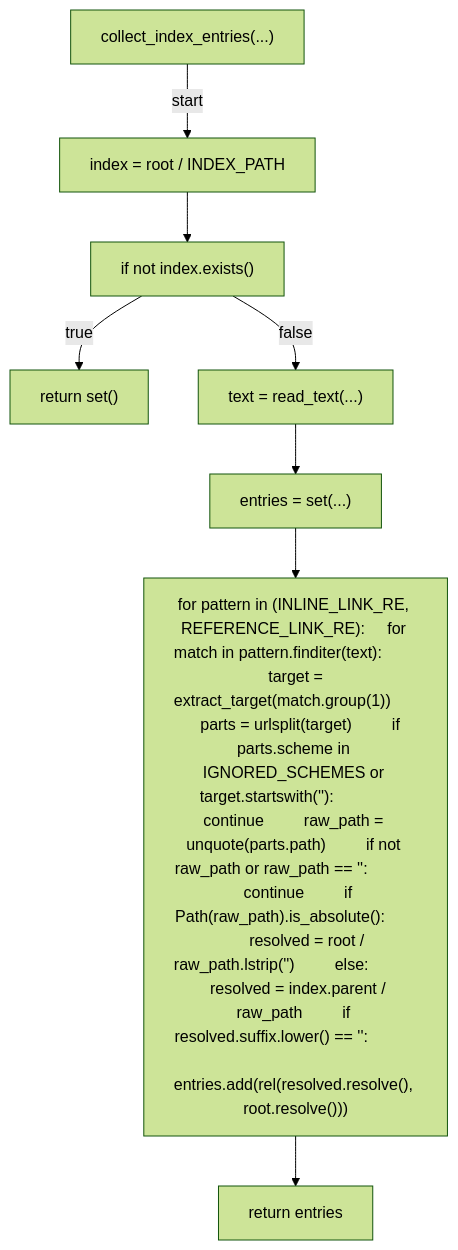
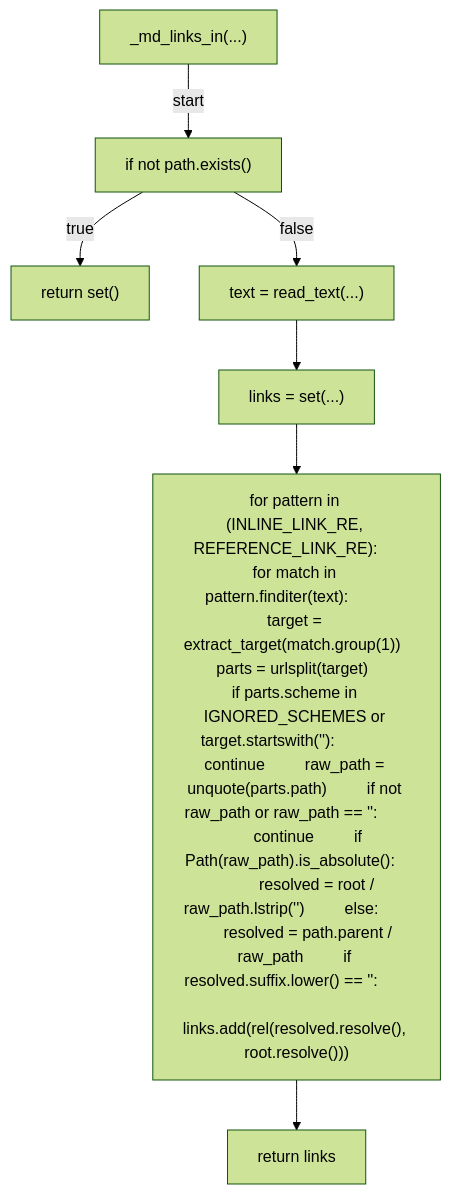
One commit to tvna/claude-md changed the fourth of 8 diagrams in docs/generated/scripts/ast/scan_docs_inventory.md. Above: the diagram before and after it, drawn with Mermaid (forest theme). The commit also changed other lines of this file, not shown here.

Commit message:
docs(generated): regenerate decision tree and workflow diagrams
Refs #960

````diff
--- a/docs/generated/scripts/ast/scan_docs_inventory.md
+++ b/docs/generated/scripts/ast/scan_docs_inventory.md
@@ -56,18 +56,16 @@
 ```mermaid
 flowchart TD
-    N001["collect_index_entries(...)"]
-    N002["index = root / INDEX_PATH"]
-    N003["if not index.exists()"]
-    N004["return set()"]
-    N005["text = read_text(...)"]
-    N006["entries = set(...)"]
-    N007["for pattern in (INLINE_LINK_RE, REFERENCE_LINK_RE):     for match in pattern.finditer(text):         target = extract_target(match.group(1))         parts = urlsplit(target)         if parts.scheme in IGNORED_SCHEMES or target.startswith('<str>'):             continue         raw_path = unquote(parts.path)         if not raw_path or raw_path == '<str>':             continue         if Path(raw_path).is_absolute():             resolved = root / raw_path.lstrip('<str>')         else:             resolved = index.parent / raw_path         if resolved.suffix.lower() == '<str>':             entries.add(rel(resolved.resolve(), root.resolve()))"]
-    N008["return entries"]
+    N001["_md_links_in(...)"]
+    N002["if not path.exists()"]
+    N003["return set()"]
+    N004["text = read_text(...)"]
+    N005["links = set(...)"]
+    N006["for pattern in (INLINE_LINK_RE, REFERENCE_LINK_RE):     for match in pattern.finditer(text):         target = extract_target(match.group(1))         parts = urlsplit(target)         if parts.scheme in IGNORED_SCHEMES or target.startswith('<str>'):             continue         raw_path = unquote(parts.path)         if not raw_path or raw_path == '<str>':             continue         if Path(raw_path).is_absolute():             resolved = root / raw_path.lstrip('<str>')         else:             resolved = path.parent / raw_path         if resolved.suffix.lower() == '<str>':             links.add(rel(resolved.resolve(), root.resolve()))"]
+    N007["return links"]
     N001 -->|"start"| N002
-    N002 --> N003
-    N003 -->|"true"| N004
-    N003 -->|"false"| N005
+    N002 -->|"true"| N003
+    N002 -->|"false"| N004
+    N004 --> N005
     N005 --> N006
     N006 --> N007
-    N007 --> N008
 ```
````
